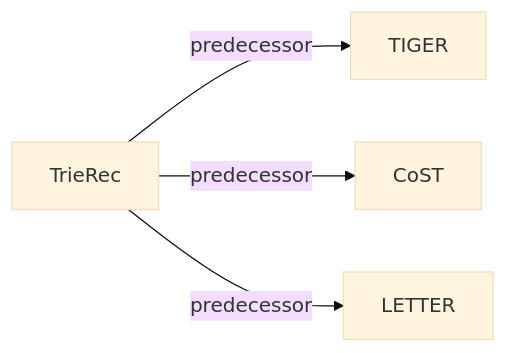
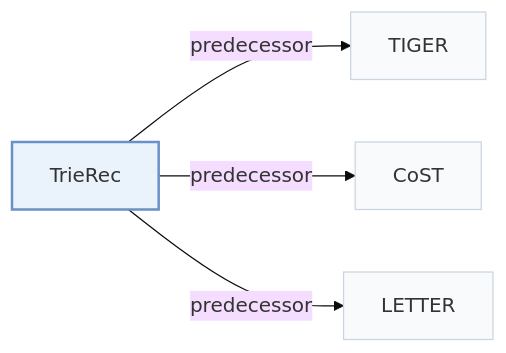
One commit to Galaxy-ghost/Awesome-SID-Generative-Rec changed the second of 2 diagrams in pages/papers/trierec.md. Above: the diagram before and after it, drawn with Mermaid (base theme). The commit also changed other lines of this file and 649 other files, not shown here.

Commit message:
writer-05: also tags and modality index (schema, check, build, visuals); summary field removed; calibration data for 12 papers

````diff
--- a/pages/papers/trierec.md
+++ b/pages/papers/trierec.md
@@ -66,7 +74,11 @@
 ```mermaid
 flowchart LR
     P["TrieRec"]
-    P -->|predecessor| A["TIGER"]
-    P -->|predecessor| B["CoST"]
-    P -->|predecessor| C["LETTER"]
+    P -->|"predecessor"| A["TIGER"]
+    P -->|"predecessor"| B["CoST"]
+    P -->|"predecessor"| C["LETTER"]
+    classDef main fill:#eaf2fb,stroke:#6b8fc7,stroke-width:2px
+    classDef peer fill:#f8fafc,stroke:#cbd5e1
+    class P main
+    class A,B,C peer
 ```
````
